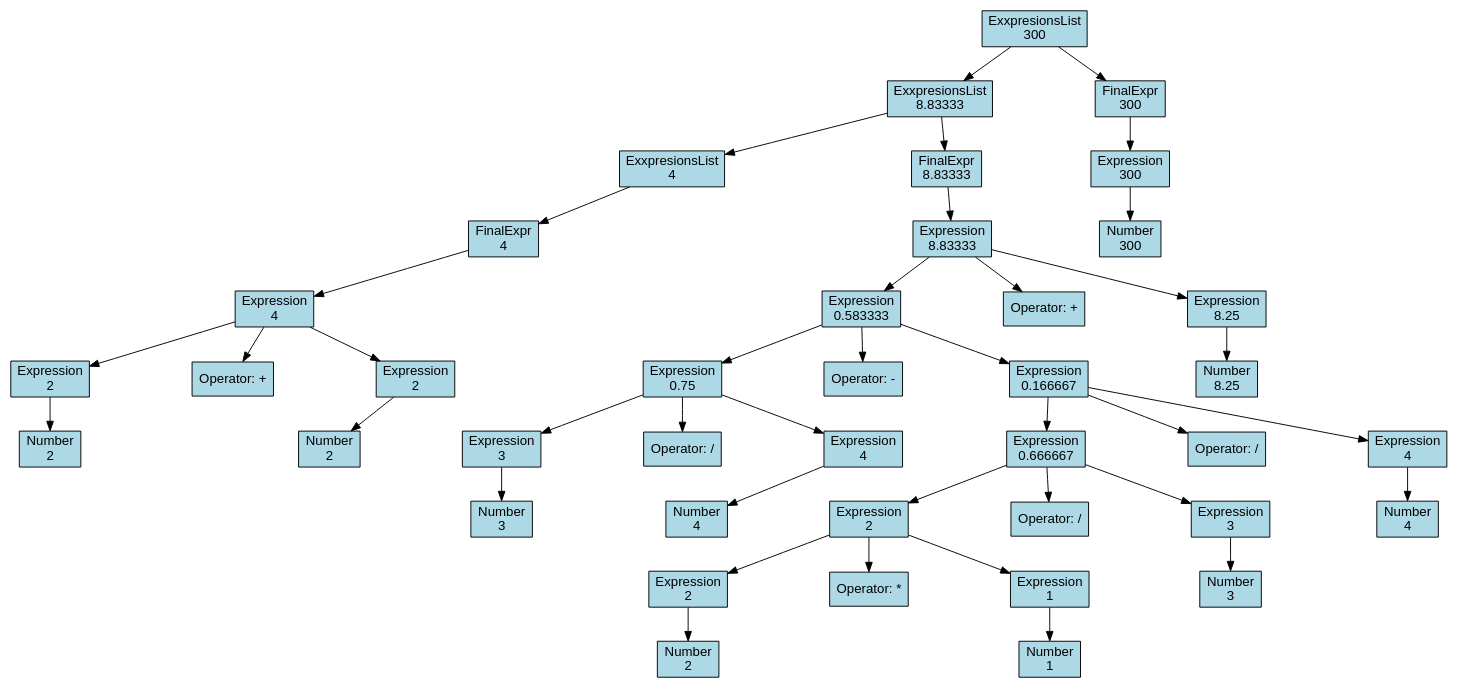
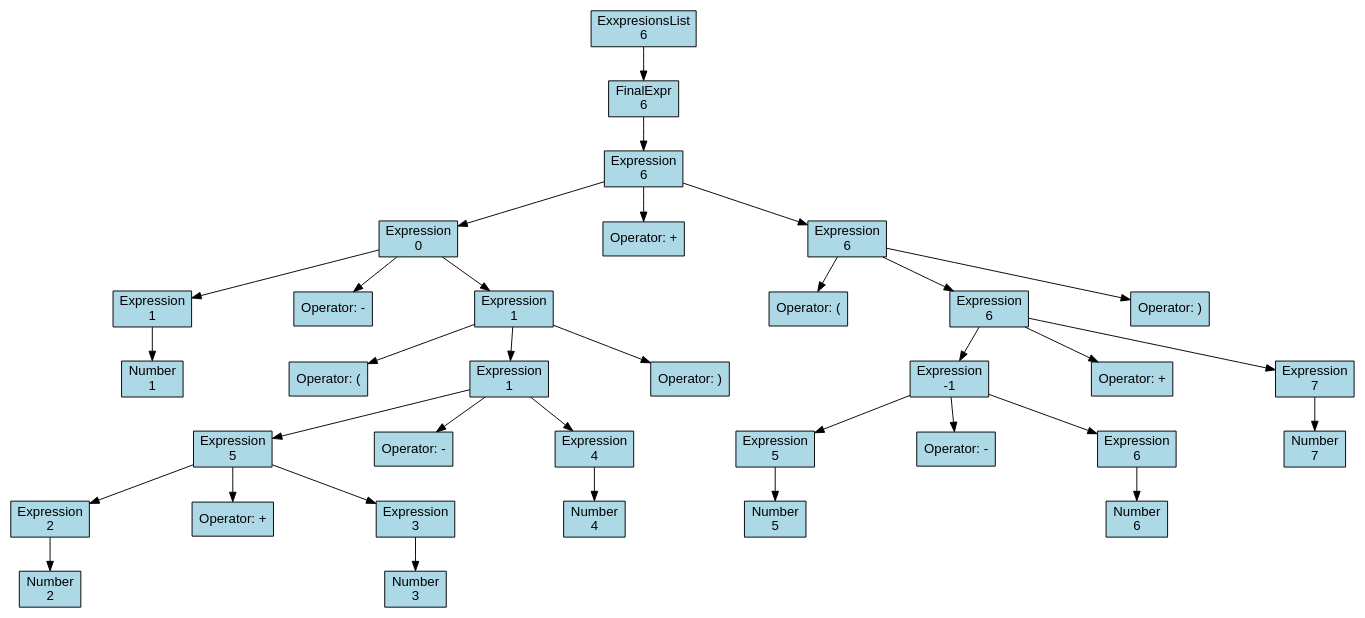
Before and after one commit to DeDTihoN/LexYaccParser: the diagram in cmake-build-debug/ast.dot, drawn with Graphviz. The commit also changed 15 other files, not shown here.

```diff
--- a/cmake-build-debug/ast.dot
+++ b/cmake-build-debug/ast.dot
@@ -1,84 +1,72 @@
 digraph AST {
   node [fontname="Arial"];
   ranksep=0.5;
   nodesep=1.5;
-  node0x1ccf45e6990 [label="ExxpresionsList\n300", shape=rectangle, style=filled, fillcolor=lightblue];
-  node0x1ccf45e6990 -> node0x1ccf45e6d00;
-  node0x1ccf45e6d00 [label="ExxpresionsList\n8.83333", shape=rectangle, style=filled, fillcolor=lightblue];
-  node0x1ccf45e6d00 -> node0x1ccf45c19a0;
-  node0x1ccf45c19a0 [label="ExxpresionsList\n4", shape=rectangle, style=filled, fillcolor=lightblue];
-  node0x1ccf45c19a0 -> node0x1ccf45c17e0;
-  node0x1ccf45c17e0 [label="FinalExpr\n4", shape=rectangle, style=filled, fillcolor=lightblue];
-  node0x1ccf45c17e0 -> node0x1ccf45c16d0;
-  node0x1ccf45c16d0 [label="Expression\n4", shape=rectangle, style=filled, fillcolor=lightblue];
-  node0x1ccf45c16d0 -> node0x1ccf45c1500;
-  node0x1ccf45c1500 [label="Expression\n2", shape=rectangle, style=filled, fillcolor=lightblue];
-  node0x1ccf45c1500 -> node0x1ccf45c14b0;
-  node0x1ccf45c14b0 [label="Number\n2", shape=rectangle, style=filled, fillcolor=lightblue];
-  node0x1ccf45c16d0 -> node0x1ccf45c1740;
-  node0x1ccf45c1740 [label="Operator: +", shape=rectangle, style=filled, fillcolor=lightblue];
-  node0x1ccf45c16d0 -> node0x1ccf45c1610;
-  node0x1ccf45c1610 [label="Expression\n2", shape=rectangle, style=filled, fillcolor=lightblue];
-  node0x1ccf45c1610 -> node0x1ccf45c15c0;
-  node0x1ccf45c15c0 [label="Number\n2", shape=rectangle, style=filled, fillcolor=lightblue];
-  node0x1ccf45e6d00 -> node0x1ccf45e7840;
-  node0x1ccf45e7840 [label="FinalExpr\n8.83333", shape=rectangle, style=filled, fillcolor=lightblue];
-  node0x1ccf45e7840 -> node0x1ccf45e7610;
-  node0x1ccf45e7610 [label="Expression\n8.83333", shape=rectangle, style=filled, fillcolor=lightblue];
-  node0x1ccf45e7610 -> node0x1ccf45e6630;
-  node0x1ccf45e6630 [label="Expression\n0.583333", shape=rectangle, style=filled, fillcolor=lightblue];
-  node0x1ccf45e6630 -> node0x1ccf45e60e0;
-  node0x1ccf45e60e0 [label="Expression\n0.75", shape=rectangle, style=filled, fillcolor=lightblue];
-  node0x1ccf45e60e0 -> node0x1ccf45c1a40;
-  node0x1ccf45c1a40 [label="Expression\n3", shape=rectangle, style=filled, fillcolor=lightblue];
-  node0x1ccf45c1a40 -> node0x1ccf45c19f0;
-  node0x1ccf45c19f0 [label="Number\n3", shape=rectangle, style=filled, fillcolor=lightblue];
-  node0x1ccf45e60e0 -> node0x1ccf45e6220;
-  node0x1ccf45e6220 [label="Operator: /", shape=rectangle, style=filled, fillcolor=lightblue];
-  node0x1ccf45e60e0 -> node0x1ccf45c1b50;
-  node0x1ccf45c1b50 [label="Expression\n4", shape=rectangle, style=filled, fillcolor=lightblue];
-  node0x1ccf45c1b50 -> node0x1ccf45c1b00;
-  node0x1ccf45c1b00 [label="Number\n4", shape=rectangle, style=filled, fillcolor=lightblue];
-  node0x1ccf45e6630 -> node0x1ccf45e7250;
-  node0x1ccf45e7250 [label="Operator: -", shape=rectangle, style=filled, fillcolor=lightblue];
-  node0x1ccf45e6630 -> node0x1ccf45e61d0;
-  node0x1ccf45e61d0 [label="Expression\n0.166667", shape=rectangle, style=filled, fillcolor=lightblue];
-  node0x1ccf45e61d0 -> node0x1ccf45e6360;
-  node0x1ccf45e6360 [label="Expression\n0.666667", shape=rectangle, style=filled, fillcolor=lightblue];
-  node0x1ccf45e6360 -> node0x1ccf45e6400;
-  node0x1ccf45e6400 [label="Expression\n2", shape=rectangle, style=filled, fillcolor=lightblue];
-  node0x1ccf45e6400 -> node0x1ccf45e6540;
-  node0x1ccf45e6540 [label="Expression\n2", shape=rectangle, style=filled, fillcolor=lightblue];
-  node0x1ccf45e6540 -> node0x1ccf45e6810;
-  node0x1ccf45e6810 [label="Number\n2", shape=rectangle, style=filled, fillcolor=lightblue];
-  node0x1ccf45e6400 -> node0x1ccf45e62c0;
-  node0x1ccf45e62c0 [label="Operator: *", shape=rectangle, style=filled, fillcolor=lightblue];
-  node0x1ccf45e6400 -> node0x1ccf45e6720;
-  node0x1ccf45e6720 [label="Expression\n1", shape=rectangle, style=filled, fillcolor=lightblue];
-  node0x1ccf45e6720 -> node0x1ccf45e6130;
-  node0x1ccf45e6130 [label="Number\n1", shape=rectangle, style=filled, fillcolor=lightblue];
-  node0x1ccf45e6360 -> node0x1ccf45e66d0;
-  node0x1ccf45e66d0 [label="Operator: /", shape=rectangle, style=filled, fillcolor=lightblue];
-  node0x1ccf45e6360 -> node0x1ccf45e67c0;
-  node0x1ccf45e67c0 [label="Expression\n3", shape=rectangle, style=filled, fillcolor=lightblue];
-  node0x1ccf45e67c0 -> node0x1ccf45e6180;
-  node0x1ccf45e6180 [label="Number\n3", shape=rectangle, style=filled, fillcolor=lightblue];
-  node0x1ccf45e61d0 -> node0x1ccf45e64f0;
-  node0x1ccf45e64f0 [label="Operator: /", shape=rectangle, style=filled, fillcolor=lightblue];
-  node0x1ccf45e61d0 -> node0x1ccf45e64a0;
-  node0x1ccf45e64a0 [label="Expression\n4", shape=rectangle, style=filled, fillcolor=lightblue];
-  node0x1ccf45e64a0 -> node0x1ccf45e63b0;
-  node0x1ccf45e63b0 [label="Number\n4", shape=rectangle, style=filled, fillcolor=lightblue];
-  node0x1ccf45e7610 -> node0x1ccf45e70c0;
-  node0x1ccf45e70c0 [label="Operator: +", shape=rectangle, style=filled, fillcolor=lightblue];
-  node0x1ccf45e7610 -> node0x1ccf45e6940;
-  node0x1ccf45e6940 [label="Expression\n8.25", shape=rectangle, style=filled, fillcolor=lightblue];
-  node0x1ccf45e6940 -> node0x1ccf45e6fd0;
-  node0x1ccf45e6fd0 [label="Number\n8.25", shape=rectangle, style=filled, fillcolor=lightblue];
-  node0x1ccf45e6990 -> node0x1ccf45e6b20;
-  node0x1ccf45e6b20 [label="FinalExpr\n300", shape=rectangle, style=filled, fillcolor=lightblue];
-  node0x1ccf45e6b20 -> node0x1ccf45e7160;
-  node0x1ccf45e7160 [label="Expression\n300", shape=rectangle, style=filled, fillcolor=lightblue];
-  node0x1ccf45e7160 -> node0x1ccf45e7200;
-  node0x1ccf45e7200 [label="Number\n300", shape=rectangle, style=filled, fillcolor=lightblue];
+  node0x25db1f57250 [label="ExxpresionsList\n6", shape=rectangle, style=filled, fillcolor=lightblue];
+  node0x25db1f57250 -> node0x25db1f56da0;
+  node0x25db1f56da0 [label="FinalExpr\n6", shape=rectangle, style=filled, fillcolor=lightblue];
+  node0x25db1f56da0 -> node0x25db1f57390;
+  node0x25db1f57390 [label="Expression\n6", shape=rectangle, style=filled, fillcolor=lightblue];
+  node0x25db1f57390 -> node0x25db1f56270;
+  node0x25db1f56270 [label="Expression\n0", shape=rectangle, style=filled, fillcolor=lightblue];
+  node0x25db1f56270 -> node0x25db1ec1500;
+  node0x25db1ec1500 [label="Expression\n1", shape=rectangle, style=filled, fillcolor=lightblue];
+  node0x25db1ec1500 -> node0x25db1ec14b0;
+  node0x25db1ec14b0 [label="Number\n1", shape=rectangle, style=filled, fillcolor=lightblue];
+  node0x25db1f56270 -> node0x25db1f56720;
+  node0x25db1f56720 [label="Operator: -", shape=rectangle, style=filled, fillcolor=lightblue];
+  node0x25db1f56270 -> node0x25db1f56590;
+  node0x25db1f56590 [label="Expression\n1", shape=rectangle, style=filled, fillcolor=lightblue];
+  node0x25db1f56590 -> node0x25db1f56400;
+  node0x25db1f56400 [label="Operator: (", shape=rectangle, style=filled, fillcolor=lightblue];
+  node0x25db1f56590 -> node0x25db1f566d0;
+  node0x25db1f566d0 [label="Expression\n1", shape=rectangle, style=filled, fillcolor=lightblue];
+  node0x25db1f566d0 -> node0x25db1ec1830;
+  node0x25db1ec1830 [label="Expression\n5", shape=rectangle, style=filled, fillcolor=lightblue];
+  node0x25db1ec1830 -> node0x25db1ec1660;
+  node0x25db1ec1660 [label="Expression\n2", shape=rectangle, style=filled, fillcolor=lightblue];
+  node0x25db1ec1660 -> node0x25db1ec1610;
+  node0x25db1ec1610 [label="Number\n2", shape=rectangle, style=filled, fillcolor=lightblue];
+  node0x25db1ec1830 -> node0x25db1ec18a0;
+  node0x25db1ec18a0 [label="Operator: +", shape=rectangle, style=filled, fillcolor=lightblue];
+  node0x25db1ec1830 -> node0x25db1ec1770;
+  node0x25db1ec1770 [label="Expression\n3", shape=rectangle, style=filled, fillcolor=lightblue];
+  node0x25db1ec1770 -> node0x25db1ec1720;
+  node0x25db1ec1720 [label="Number\n3", shape=rectangle, style=filled, fillcolor=lightblue];
+  node0x25db1f566d0 -> node0x25db1f561d0;
+  node0x25db1f561d0 [label="Operator: -", shape=rectangle, style=filled, fillcolor=lightblue];
+  node0x25db1f566d0 -> node0x25db1ec1990;
+  node0x25db1ec1990 [label="Expression\n4", shape=rectangle, style=filled, fillcolor=lightblue];
+  node0x25db1ec1990 -> node0x25db1ec1940;
+  node0x25db1ec1940 [label="Number\n4", shape=rectangle, style=filled, fillcolor=lightblue];
+  node0x25db1f56590 -> node0x25db1f56220;
+  node0x25db1f56220 [label="Operator: )", shape=rectangle, style=filled, fillcolor=lightblue];
+  node0x25db1f57390 -> node0x25db1f56cb0;
+  node0x25db1f56cb0 [label="Operator: +", shape=rectangle, style=filled, fillcolor=lightblue];
+  node0x25db1f57390 -> node0x25db1f564f0;
+  node0x25db1f564f0 [label="Expression\n6", shape=rectangle, style=filled, fillcolor=lightblue];
+  node0x25db1f564f0 -> node0x25db1f56540;
+  node0x25db1f56540 [label="Operator: (", shape=rectangle, style=filled, fillcolor=lightblue];
+  node0x25db1f564f0 -> node0x25db1f56360;
+  node0x25db1f56360 [label="Expression\n6", shape=rectangle, style=filled, fillcolor=lightblue];
+  node0x25db1f56360 -> node0x25db1f56630;
+  node0x25db1f56630 [label="Expression\n-1", shape=rectangle, style=filled, fillcolor=lightblue];
+  node0x25db1f56630 -> node0x25db1f56450;
+  node0x25db1f56450 [label="Expression\n5", shape=rectangle, style=filled, fillcolor=lightblue];
+  node0x25db1f56450 -> node0x25db1f564a0;
+  node0x25db1f564a0 [label="Number\n5", shape=rectangle, style=filled, fillcolor=lightblue];
+  node0x25db1f56630 -> node0x25db1f56680;
+  node0x25db1f56680 [label="Operator: -", shape=rectangle, style=filled, fillcolor=lightblue];
+  node0x25db1f56630 -> node0x25db1f56310;
+  node0x25db1f56310 [label="Expression\n6", shape=rectangle, style=filled, fillcolor=lightblue];
+  node0x25db1f56310 -> node0x25db1f560e0;
+  node0x25db1f560e0 [label="Number\n6", shape=rectangle, style=filled, fillcolor=lightblue];
+  node0x25db1f56360 -> node0x25db1f563b0;
+  node0x25db1f563b0 [label="Operator: +", shape=rectangle, style=filled, fillcolor=lightblue];
+  node0x25db1f56360 -> node0x25db1f56130;
+  node0x25db1f56130 [label="Expression\n7", shape=rectangle, style=filled, fillcolor=lightblue];
+  node0x25db1f56130 -> node0x25db1f56810;
+  node0x25db1f56810 [label="Number\n7", shape=rectangle, style=filled, fillcolor=lightblue];
+  node0x25db1f564f0 -> node0x25db1f57570;
+  node0x25db1f57570 [label="Operator: )", shape=rectangle, style=filled, fillcolor=lightblue];
 }
```
